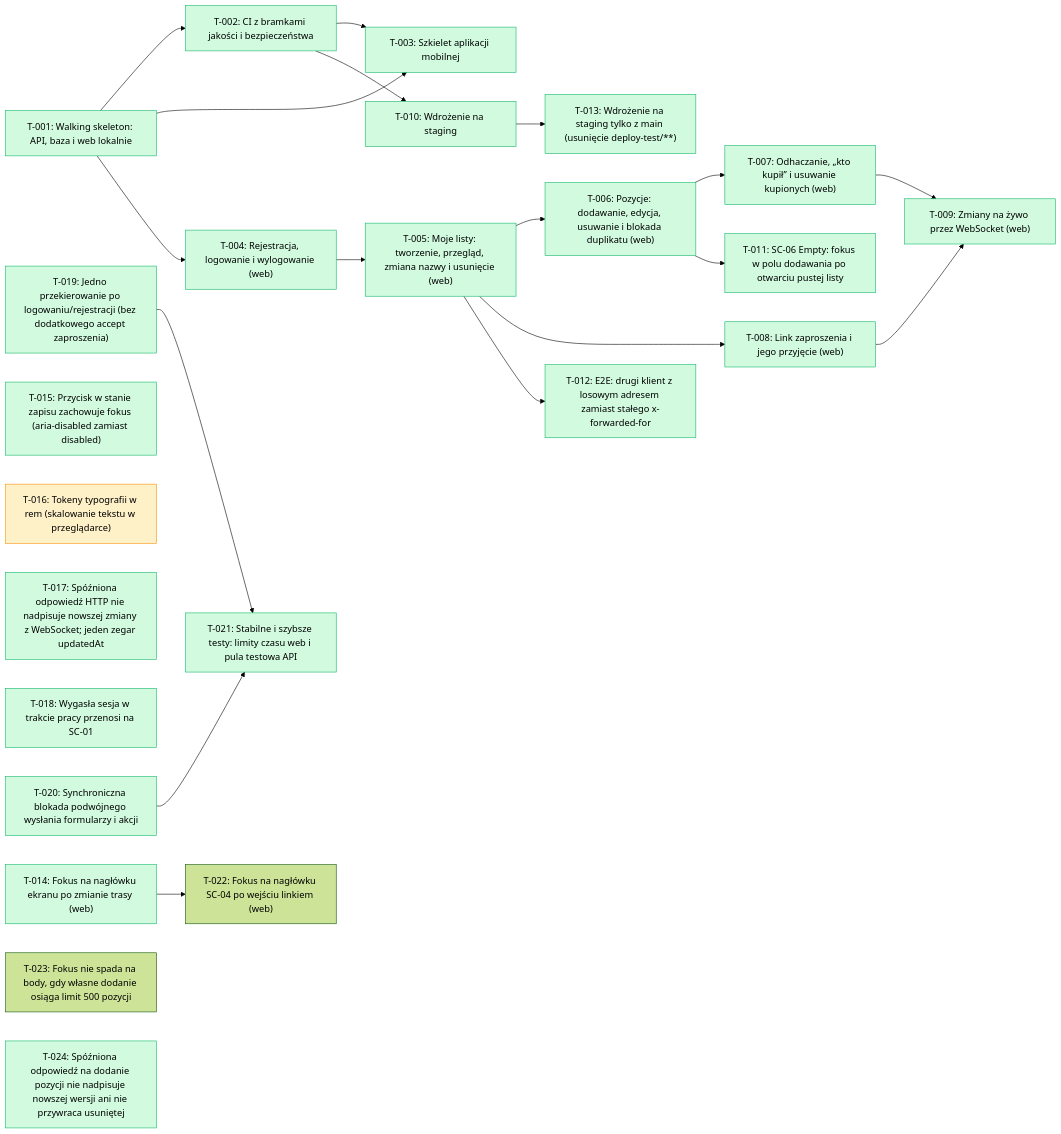
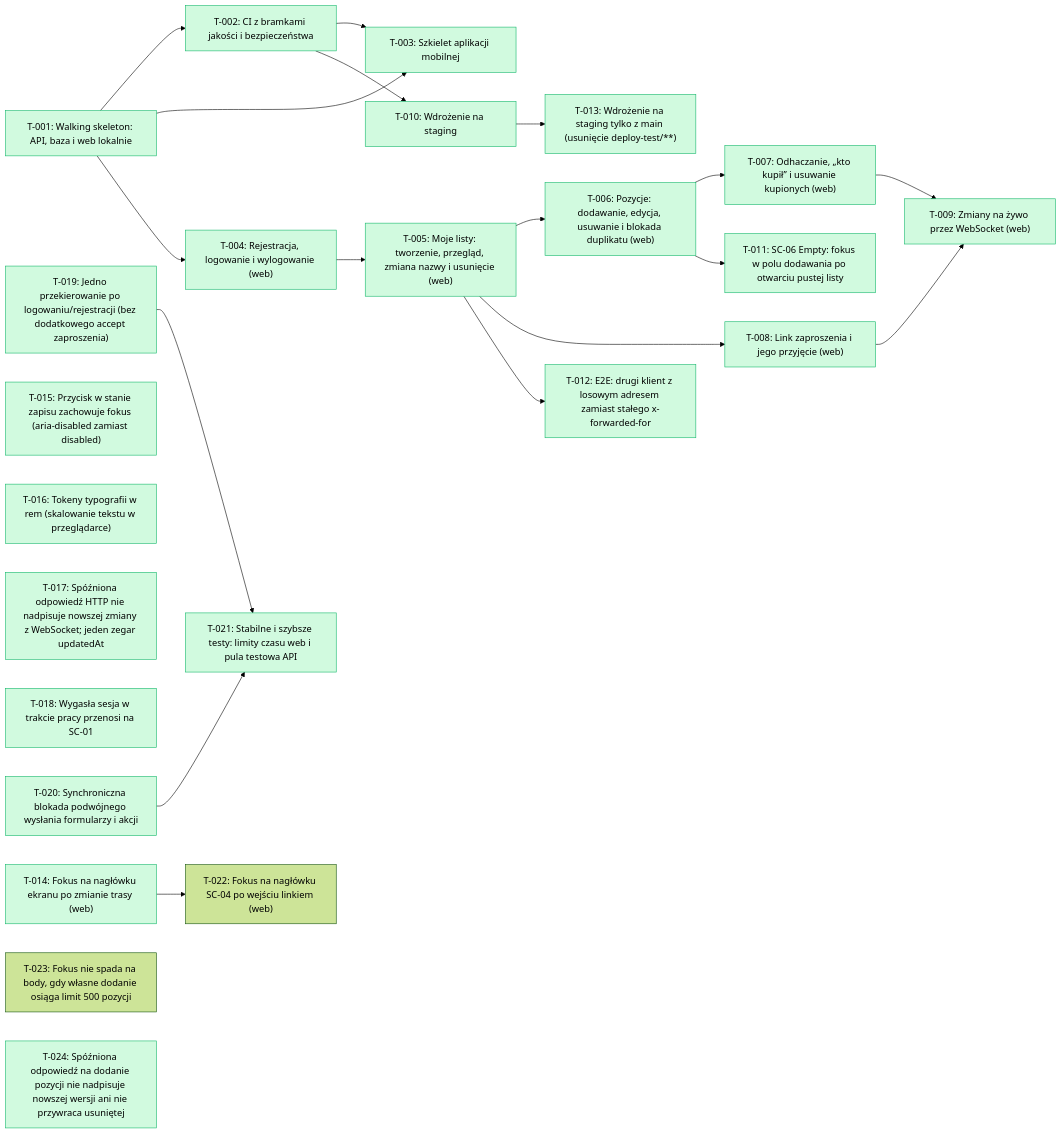
The diagram in docs/backlog/index.md (tombraz/lista-zakupow), drawn with Mermaid (forest theme) before and after one commit. The commit also changed other lines of this file and 1 other file, not shown here.

````diff
--- a/docs/backlog/index.md
+++ b/docs/backlog/index.md
@@ -18,48 +18,48 @@
 ```mermaid
 flowchart LR
   T_001["T-001: Walking skeleton: API, baza i web lokalnie"]:::done
   T_002["T-002: CI z bramkami jakości i bezpieczeństwa"]:::done
   T_003["T-003: Szkielet aplikacji mobilnej"]:::done
   T_004["T-004: Rejestracja, logowanie i wylogowanie (web)"]:::done
   T_005["T-005: Moje listy: tworzenie, przegląd, zmiana nazwy i usunięcie (web)"]:::done
   T_006["T-006: Pozycje: dodawanie, edycja, usuwanie i blokada duplikatu (web)"]:::done
   T_007["T-007: Odhaczanie, „kto kupił” i usuwanie kupionych (web)"]:::done
   T_008["T-008: Link zaproszenia i jego przyjęcie (web)"]:::done
   T_009["T-009: Zmiany na żywo przez WebSocket (web)"]:::done
   T_010["T-010: Wdrożenie na staging"]:::done
   T_011["T-011: SC-06 Empty: fokus w polu dodawania po otwarciu pustej listy"]:::done
   T_012["T-012: E2E: drugi klient z losowym adresem zamiast stałego x-forwarded-for"]:::done
   T_013["T-013: Wdrożenie na staging tylko z main (usunięcie deploy-test/**)"]:::done
   T_014["T-014: Fokus na nagłówku ekranu po zmianie trasy (web)"]:::done
   T_015["T-015: Przycisk w stanie zapisu zachowuje fokus (aria-disabled zamiast disabled)"]:::done
-  T_016["T-016: Tokeny typografii w rem (skalowanie tekstu w przeglądarce)"]:::wip
+  T_016["T-016: Tokeny typografii w rem (skalowanie tekstu w przeglądarce)"]:::done
   T_017["T-017: Spóźniona odpowiedź HTTP nie nadpisuje nowszej zmiany z WebSocket; jeden zegar updatedAt"]:::done
   T_018["T-018: Wygasła sesja w trakcie pracy przenosi na SC-01"]:::done
   T_019["T-019: Jedno przekierowanie po logowaniu/rejestracji (bez dodatkowego accept zaproszenia)"]:::done
   T_020["T-020: Synchroniczna blokada podwójnego wysłania formularzy i akcji"]:::done
   T_021["T-021: Stabilne i szybsze testy: limity czasu web i pula testowa API"]:::done
   T_022["T-022: Fokus na nagłówku SC-04 po wejściu linkiem (web)"]
   T_023["T-023: Fokus nie spada na body, gdy własne dodanie osiąga limit 500 pozycji"]
   T_024["T-024: Spóźniona odpowiedź na dodanie pozycji nie nadpisuje nowszej wersji ani nie przywraca usuniętej"]:::done
   T_001 --> T_002
   T_001 --> T_003
   T_002 --> T_003
   T_001 --> T_004
   T_004 --> T_005
   T_005 --> T_006
   T_006 --> T_007
   T_005 --> T_008
   T_007 --> T_009
   T_008 --> T_009
   T_002 --> T_010
   T_006 --> T_011
   T_005 --> T_012
   T_010 --> T_013
   T_019 --> T_021
   T_020 --> T_021
   T_014 --> T_022
   classDef done fill:#d1fadf,stroke:#12b76a
   classDef wip fill:#fef0c7,stroke:#f79009
   classDef qa fill:#e0eaff,stroke:#2970ff
   classDef blocked fill:#fee4e2,stroke:#f04438
 ```
````
